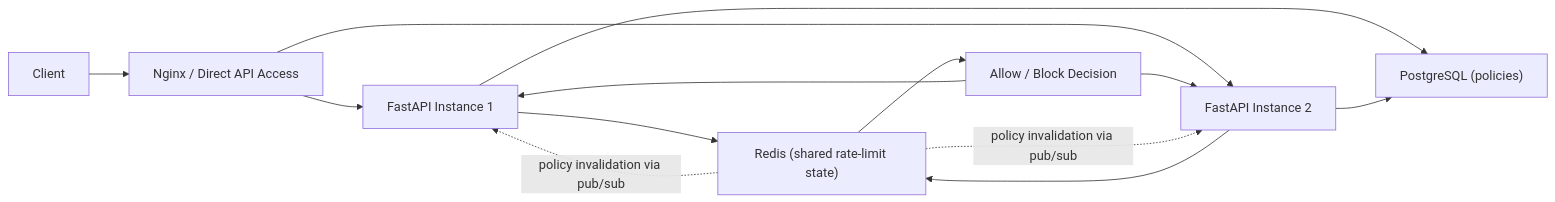
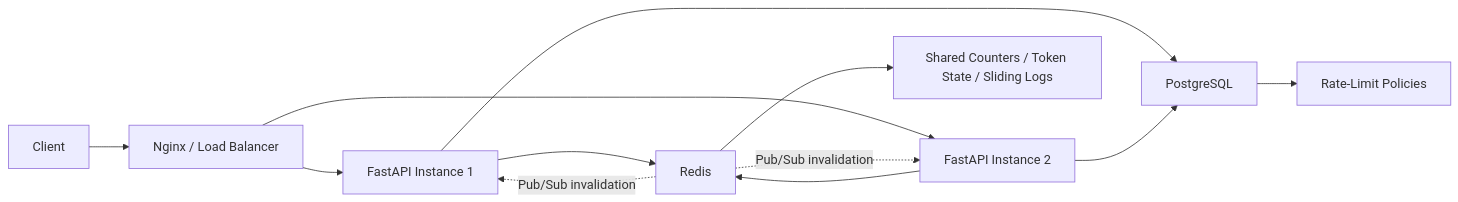
Before and after one commit to Nava-deep/DistributedRateLimiter: the diagram in README.md, drawn with Mermaid. The commit also changed other lines of this file, not shown here.

````diff
--- a/README.md
+++ b/README.md
@@ -45,19 +103,18 @@
 ```mermaid
 flowchart LR
-    Client["Client"] --> LB["Nginx / Direct API Access"]
+    Client["Client"] --> LB["Nginx / Load Balancer"]
     LB --> API1["FastAPI Instance 1"]
     LB --> API2["FastAPI Instance 2"]
 
-    API1 --> PG["PostgreSQL (policies)"]
+    API1 --> Redis["Redis"]
+    API2 --> Redis
+
+    API1 --> PG["PostgreSQL"]
     API2 --> PG
 
-    API1 --> Redis["Redis (shared rate-limit state)"]
-    API2 --> Redis
+    PG --> Policies["Rate-Limit Policies"]
+    Redis --> State["Shared Counters / Token State / Sliding Logs"]
 
-    Redis --> Decision["Allow / Block Decision"]
-    Decision --> API1
-    Decision --> API2
-
-    Redis -. policy invalidation via pub/sub .-> API1
-    Redis -. policy invalidation via pub/sub .-> API2
+    Redis -. "Pub/Sub invalidation" .-> API1
+    Redis -. "Pub/Sub invalidation" .-> API2
 ```
````
